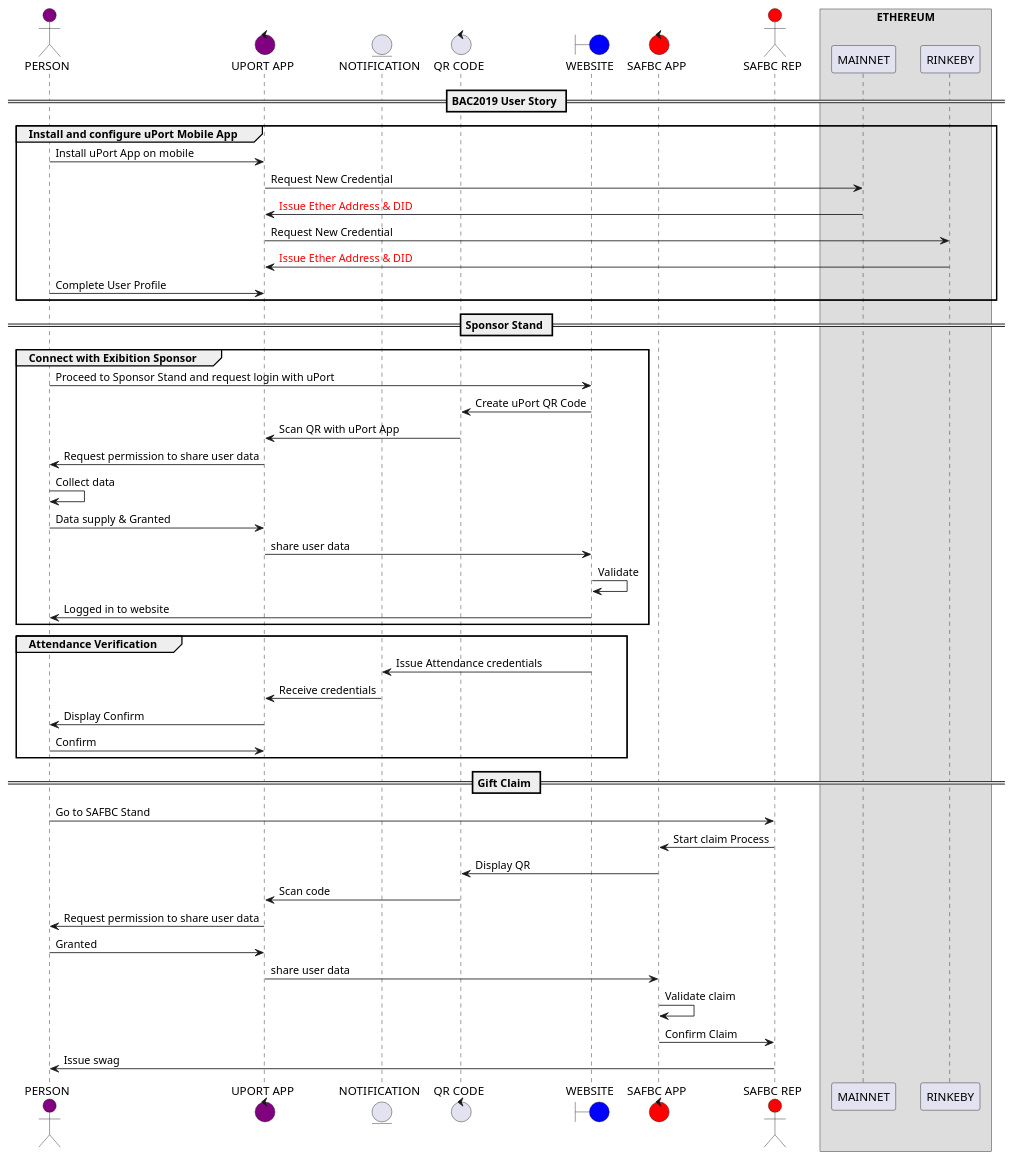
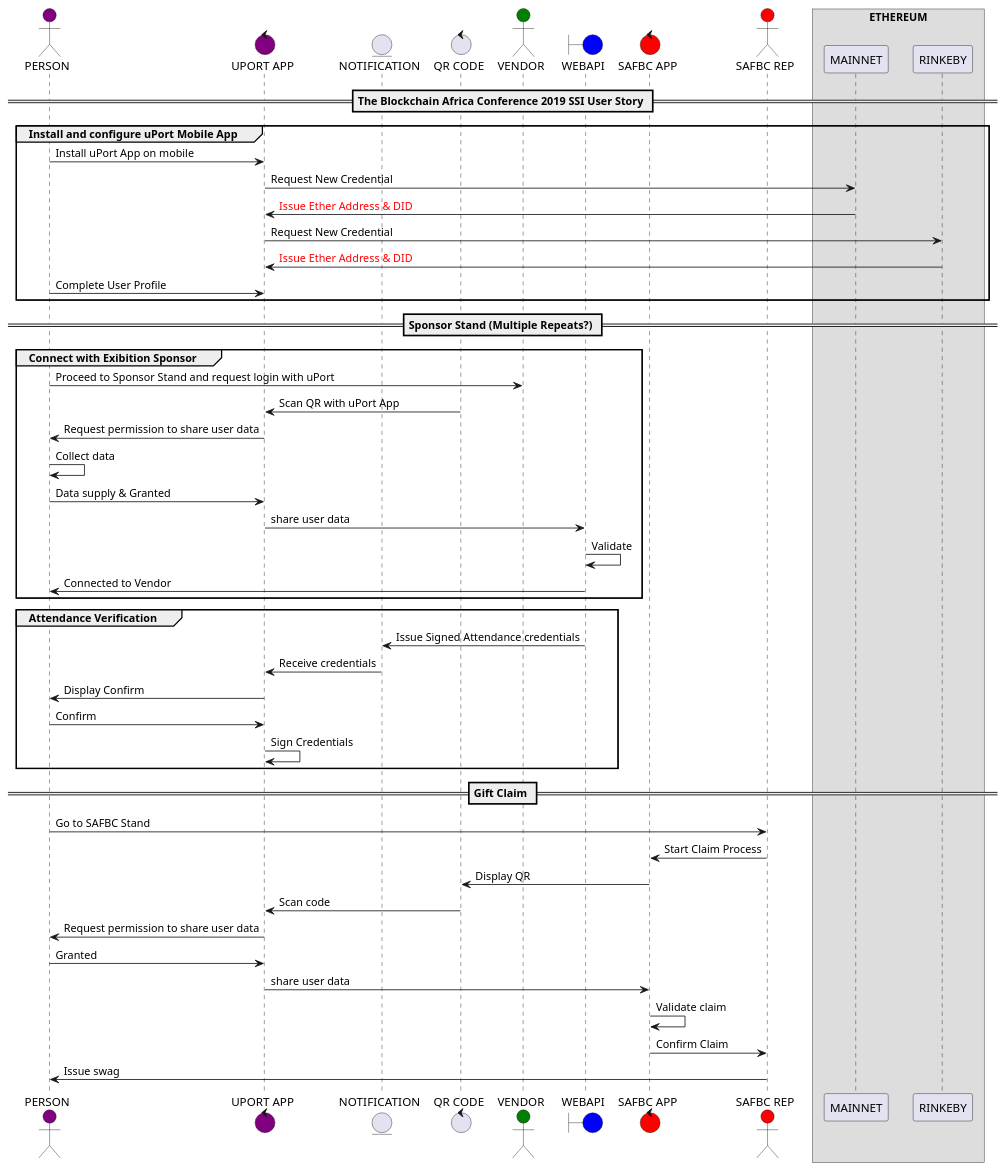
Before and after one commit to safbc/ssi-uport: the diagram in docs/delegate-journey.puml, drawn with PlantUML.

Commit message:
More descriptions

```diff
--- a/docs/delegate-journey.puml
+++ b/docs/delegate-journey.puml
@@ -1,66 +1,67 @@
 @startuml
 skinparam ParticipantPadding 10
 skinparam BoxPadding 10
 
 
-== BAC2019 User Story ==
+== The Blockchain Africa Conference 2019 SSI User Story ==
 
 group Install and configure uPort Mobile App
 
 actor PERSON #purple
 control "UPORT APP" as UPORT #purple
 entity NOTIFICATION
 control "QR CODE" as QR
-boundary WEBSITE #blue
+actor VENDOR #green
+boundary WEBAPI #blue
 control "SAFBC APP" as SAFBC #red
 actor "SAFBC REP" as REP #red
 
 PERSON -> UPORT         : Install uPort App on mobile
 
 box "ETHEREUM"
 UPORT -> MAINNET #blue  : Request New Credential
 MAINNET -> UPORT        : <color:red>Issue Ether Address & DID</color>
 UPORT -> RINKEBY #grey  : Request New Credential
 RINKEBY -> UPORT        : <color:red>Issue Ether Address & DID</color>
 end box
 
 PERSON -> UPORT : Complete User Profile
 end group
 
-== Sponsor Stand ==
+== Sponsor Stand (Multiple Repeats?) ==
 
 group Connect with Exibition Sponsor
-PERSON -> WEBSITE       : Proceed to Sponsor Stand and request login with uPort
-WEBSITE -> QR           : Create uPort QR Code
+PERSON -> VENDOR       : Proceed to Sponsor Stand and request login with uPort
 QR -> UPORT             : Scan QR with uPort App
 UPORT -> PERSON         : Request permission to share user data
 PERSON -> PERSON        : Collect data
 PERSON -> UPORT         : Data supply & Granted
-UPORT -> WEBSITE        : share user data
-WEBSITE -> WEBSITE      : Validate
-WEBSITE -> PERSON       : Logged in to website
+UPORT -> WEBAPI        : share user data
+WEBAPI -> WEBAPI      : Validate
+WEBAPI -> PERSON       : Connected to Vendor
 end group
 
 group Attendance Verification
 
-WEBSITE -> NOTIFICATION : Issue Attendance credentials
+WEBAPI -> NOTIFICATION  : Issue Signed Attendance credentials
 NOTIFICATION -> UPORT   : Receive credentials
 UPORT -> PERSON         : Display Confirm
 PERSON -> UPORT         : Confirm
+UPORT -> UPORT          : Sign Credentials
 end group
 
 == Gift Claim ==
 
 PERSON -> REP           : Go to SAFBC Stand
-REP -> SAFBC            : Start claim Process
+REP -> SAFBC            : Start Claim Process
 SAFBC -> QR             : Display QR
 QR -> UPORT             : Scan code
 UPORT -> PERSON         : Request permission to share user data
 PERSON -> UPORT         : Granted
 UPORT -> SAFBC          : share user data
 SAFBC -> SAFBC          : Validate claim
 SAFBC -> REP            : Confirm Claim
 REP -> PERSON           : Issue swag
 
 
 @enduml
```
